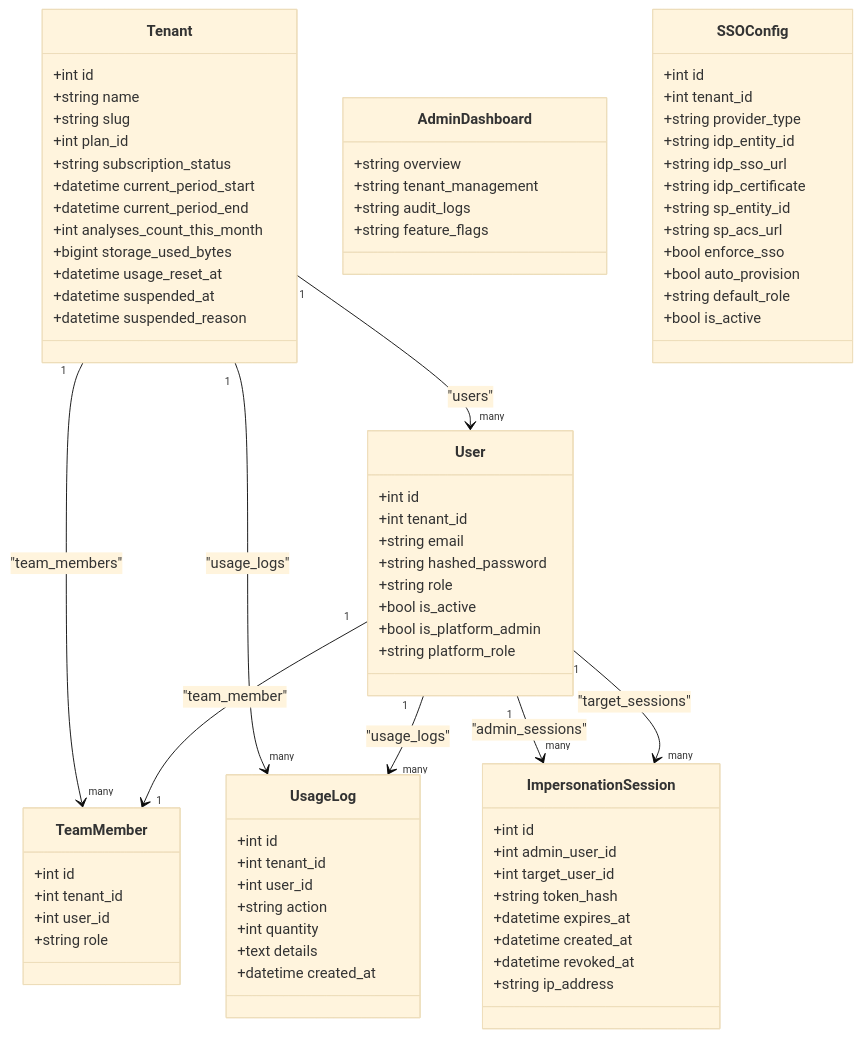
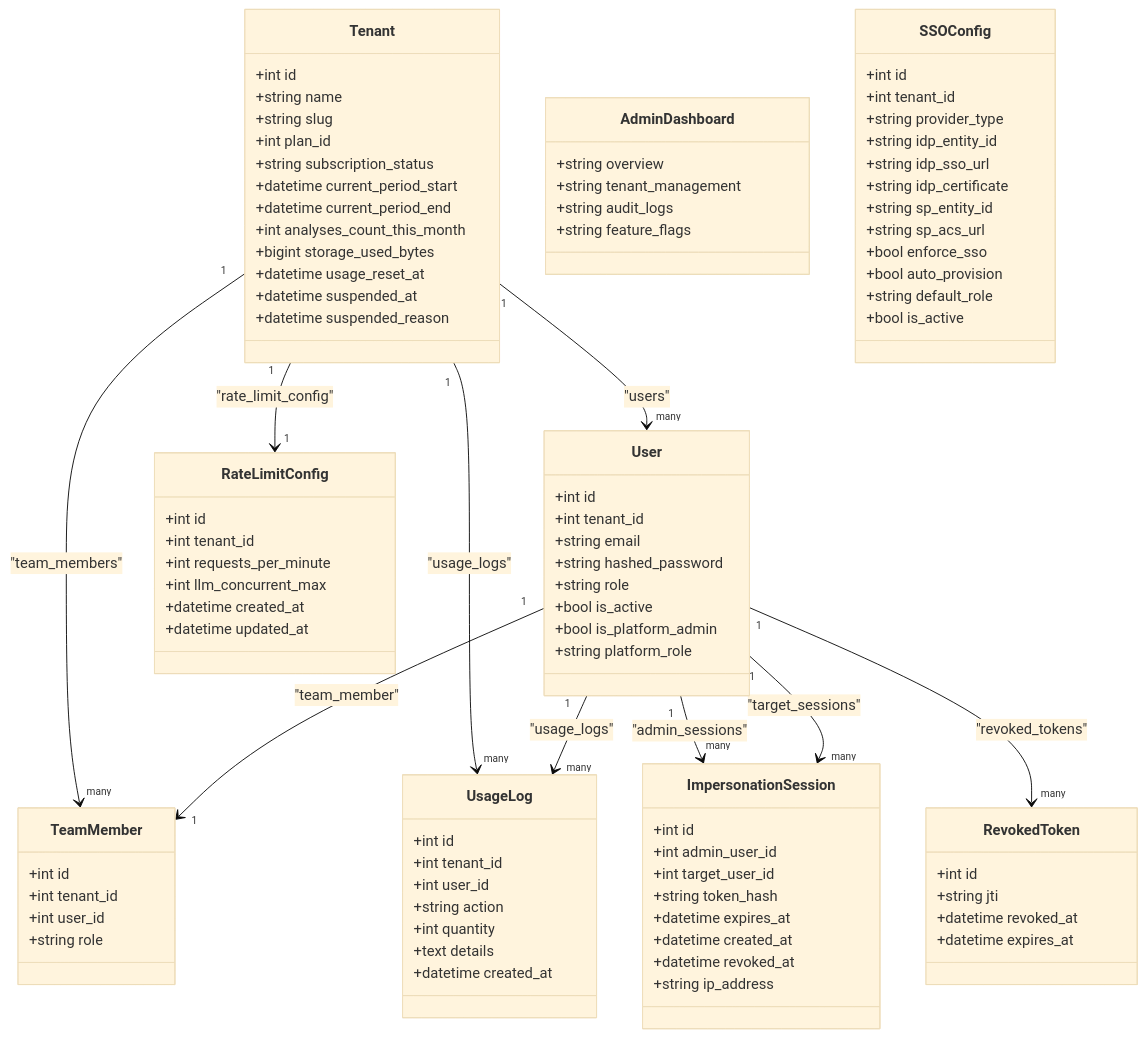
Diagram 12 of 19 in .qoder/repowiki/en/content/Authentication & Authorization/Authentication & Authorization.md (Revanththetalogics/aireume), drawn with Mermaid (base theme) before and after one commit. The commit also changed other lines of this file and 13 other files, not shown here.

````diff
--- a/.qoder/repowiki/en/content/Authentication & Authorization/Authentication & Authorization.md
+++ b/.qoder/repowiki/en/content/Authentication & Authorization/Authentication & Authorization.md
@@ -575,6 +672,20 @@
 +datetime revoked_at
 +string ip_address
 }
+class RevokedToken {
++int id
++string jti
++datetime revoked_at
++datetime expires_at
+}
+class RateLimitConfig {
++int id
++int tenant_id
++int requests_per_minute
++int llm_concurrent_max
++datetime created_at
++datetime updated_at
+}
 Tenant "1" --> "many" User : "users"
 Tenant "1" --> "many" TeamMember : "team_members"
 Tenant "1" --> "many" UsageLog : "usage_logs"
@@ -582,4 +693,6 @@
 User "1" --> "many" UsageLog : "usage_logs"
 User "1" --> "many" ImpersonationSession : "admin_sessions"
 User "1" --> "many" ImpersonationSession : "target_sessions"
+User "1" --> "many" RevokedToken : "revoked_tokens"
+Tenant "1" --> "1" RateLimitConfig : "rate_limit_config"
 ```
````
